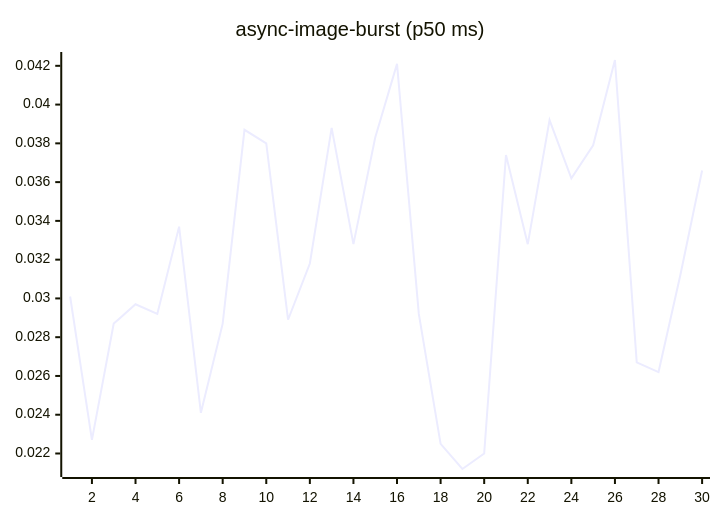
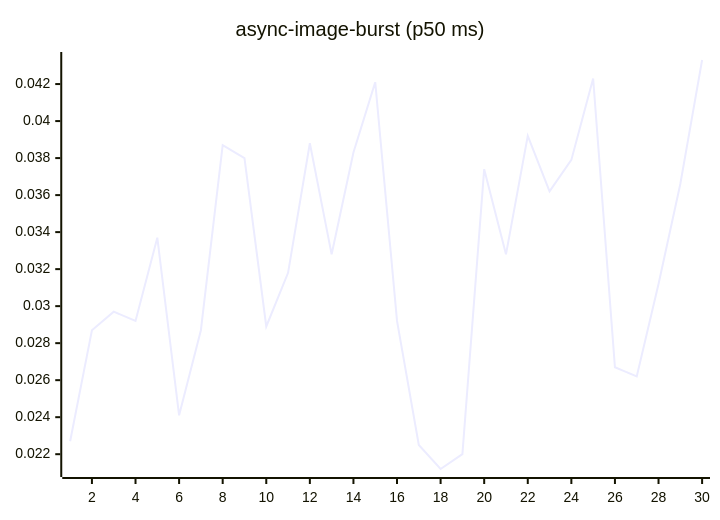
One commit to josha/Facet changed the fourth of 27 diagrams in README.md. Above: the diagram before and after it, drawn with Mermaid. The commit also changed other lines of this file and 2 other files, not shown here.

````diff
--- a/README.md
+++ b/README.md
@@ -84,6 +84,6 @@
 ```mermaid
 xychart-beta
     title "async-image-burst (p50 ms)"
     x-axis 1 --> 30
-    line [0.0301, 0.0227, 0.0287, 0.0297, 0.0292, 0.0337, 0.0241, 0.0287, 0.0387, 0.0380, 0.0289, 0.0318, 0.0388, 0.0328, 0.0383, 0.0421, 0.0292, 0.0225, 0.0212, 0.0220, 0.0374, 0.0328, 0.0392, 0.0362, 0.0379, 0.0423, 0.0267, 0.0262, 0.0312, 0.0366]
+    line [0.0227, 0.0287, 0.0297, 0.0292, 0.0337, 0.0241, 0.0287, 0.0387, 0.0380, 0.0289, 0.0318, 0.0388, 0.0328, 0.0383, 0.0421, 0.0292, 0.0225, 0.0212, 0.0220, 0.0374, 0.0328, 0.0392, 0.0362, 0.0379, 0.0423, 0.0267, 0.0262, 0.0312, 0.0366, 0.0433]
 ```
````
